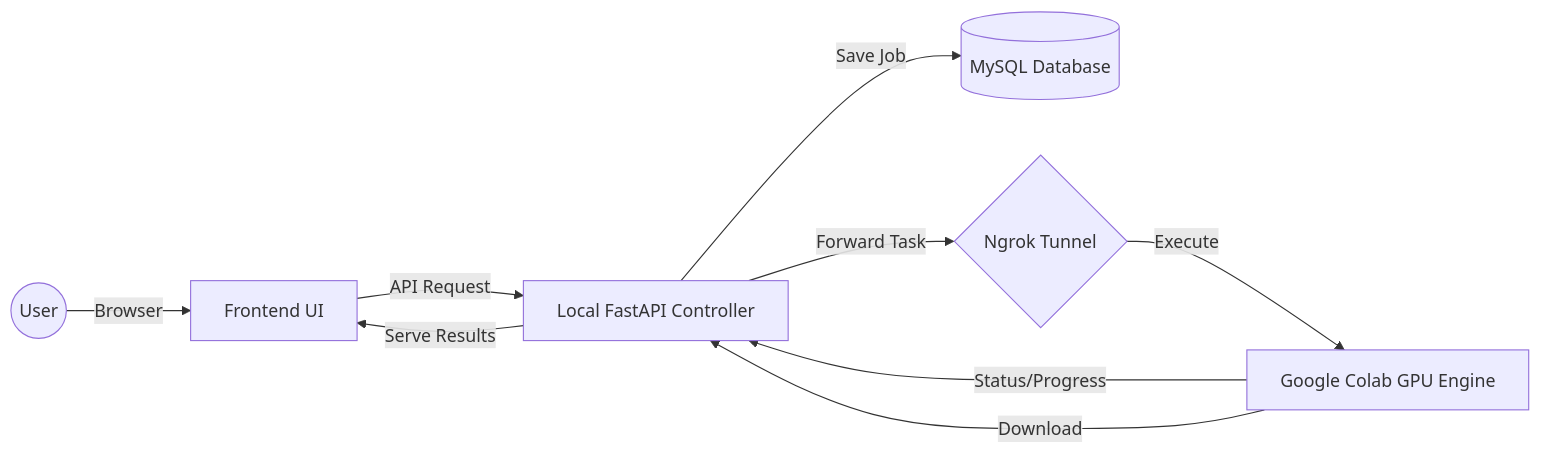
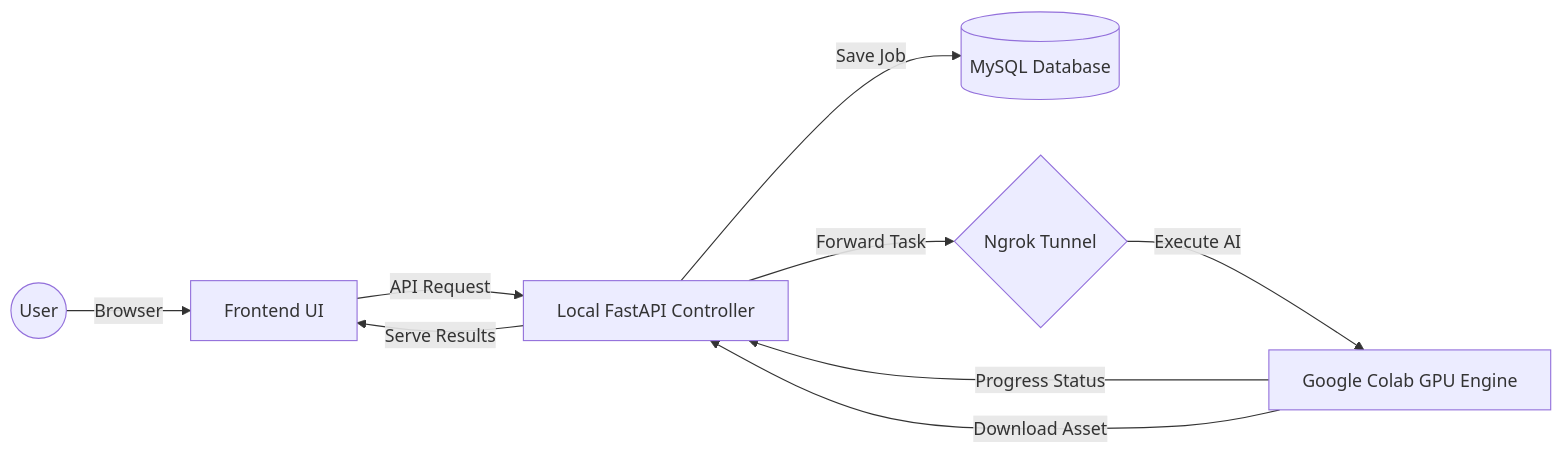
One commit to RamadanMufian/VAX-TEAM-Dev changed the diagram in README.md. Above: the diagram before and after it, drawn with Mermaid. The commit also changed other lines of this file, not shown here.

````diff
--- a/README.md
+++ b/README.md
@@ -37,11 +27,11 @@
 ```mermaid
 graph LR
     User((User)) -->|Browser| Frontend[Frontend UI]
     Frontend -->|API Request| LocalAPI[Local FastAPI Controller]
     LocalAPI -->|Save Job| DB[(MySQL Database)]
     LocalAPI -->|Forward Task| Tunnel{Ngrok Tunnel}
-    Tunnel -->|Execute| Colab[Google Colab GPU Engine]
-    Colab -->|Status/Progress| LocalAPI
-    Colab -->|Download| LocalAPI
+    Tunnel -->|Execute AI| Colab[Google Colab GPU Engine]
+    Colab -->|Progress Status| LocalAPI
+    Colab -->|Download Asset| LocalAPI
     LocalAPI -->|Serve Results| Frontend
 ```
````
